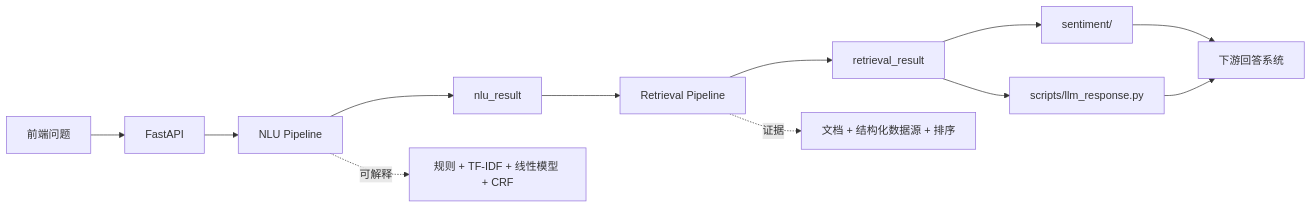
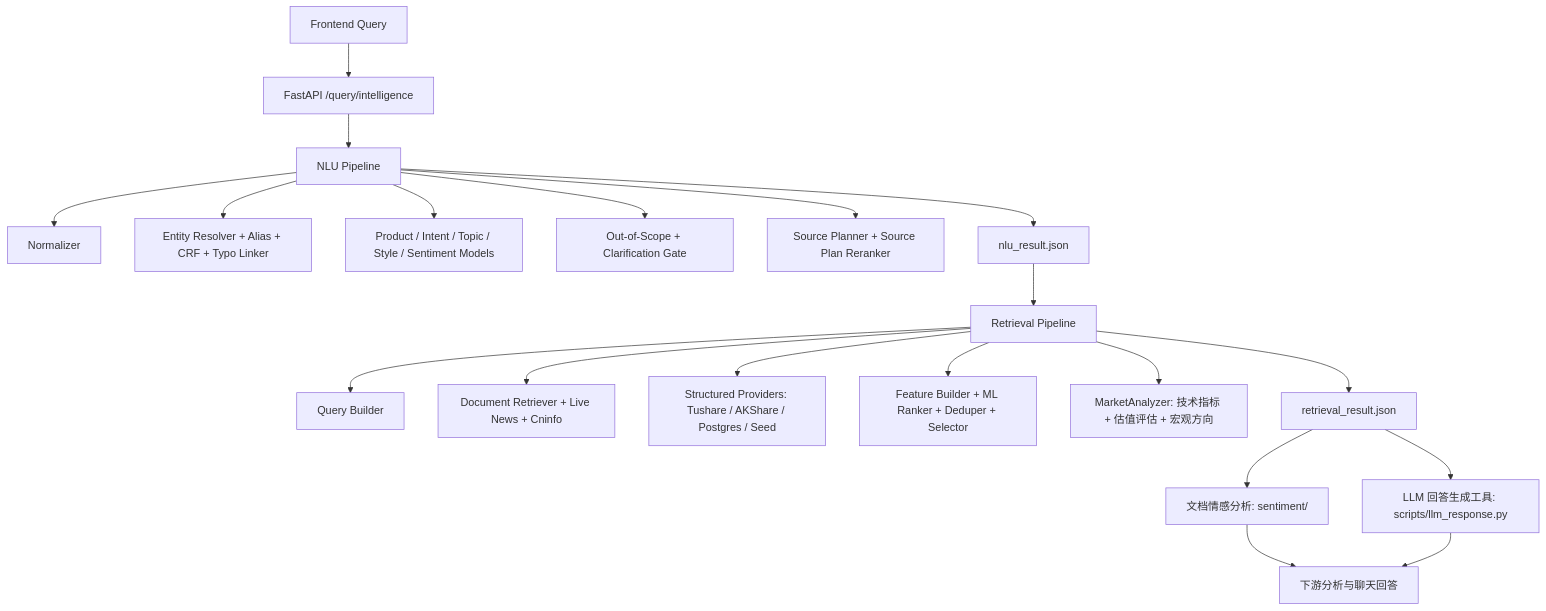
One commit to OldLigant/ARIN7102 changed the first of 2 diagrams in README_CN.md. Above: the diagram before and after it, drawn with Mermaid. The commit also changed other lines of this file and 15 other files, not shown here.

````diff
--- a/README_CN.md
+++ b/README_CN.md
@@ -20,15 +578,22 @@
 ```mermaid
-flowchart LR
-  A["前端问题"] --> B["FastAPI"]
+flowchart TD
+  A["Frontend Query"] --> B["FastAPI /query/intelligence"]
   B --> C["NLU Pipeline"]
-  C --> D["nlu_result"]
+  C --> C1["Normalizer"]
+  C --> C2["Entity Resolver + Alias + CRF + Typo Linker"]
+  C --> C3["Product / Intent / Topic / Style / Sentiment Models"]
+  C --> C4["Out-of-Scope + Clarification Gate"]
+  C --> C5["Source Planner + Source Plan Reranker"]
+  C --> D["nlu_result.json"]
   D --> E["Retrieval Pipeline"]
-  E --> F["retrieval_result"]
-  F --> G["sentiment/"]
-  F --> H["scripts/llm_response.py"]
-  G --> I["下游回答系统"]
+  E --> E1["Query Builder"]
+  E --> E2["Document Retriever + Live News + Cninfo"]
+  E --> E3["Structured Providers: Tushare / AKShare / Postgres / Seed"]
+  E --> E4["Feature Builder + ML Ranker + Deduper + Selector"]
+  E --> E5["MarketAnalyzer: 技术指标 + 估值评估 + 宏观方向"]
+  E --> F["retrieval_result.json"]
+  F --> G["文档情感分析: sentiment/"]
+  F --> H["LLM 回答生成工具: scripts/llm_response.py"]
+  G --> I["下游分析与聊天回答"]
   H --> I
-
-  C -. 可解释 .-> C1["规则 + TF-IDF + 线性模型 + CRF"]
-  E -. 证据 .-> E1["文档 + 结构化数据源 + 排序"]
 ```
````
